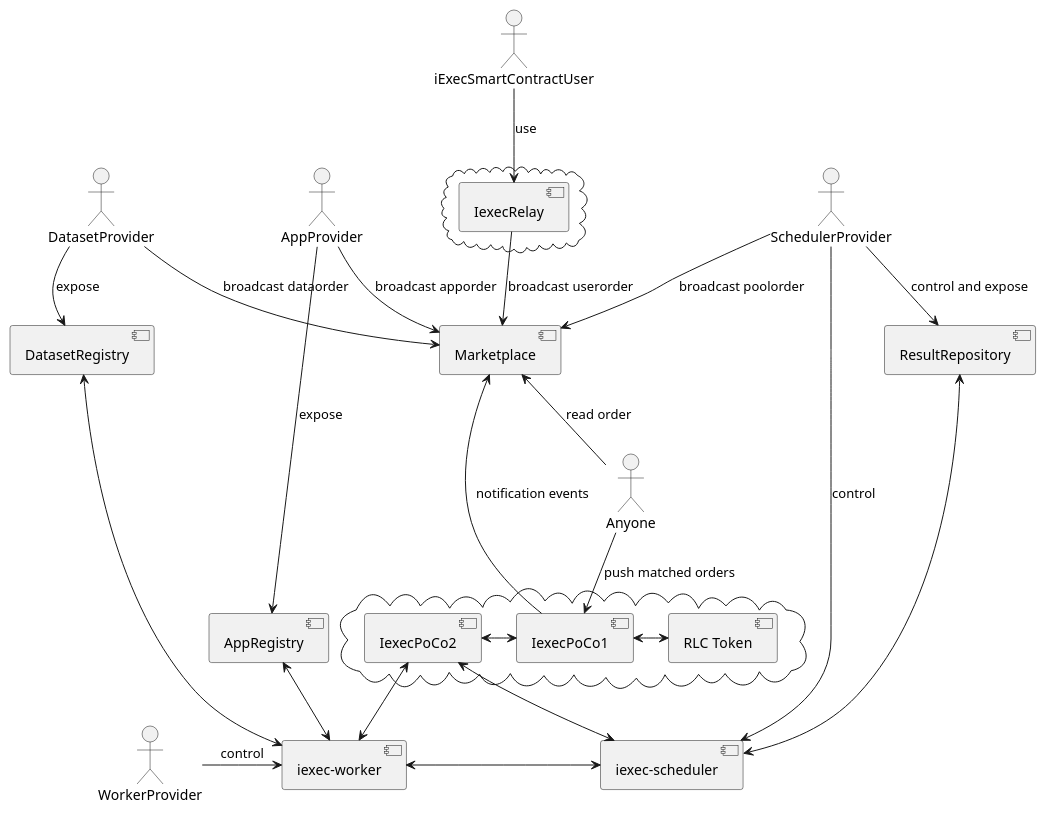
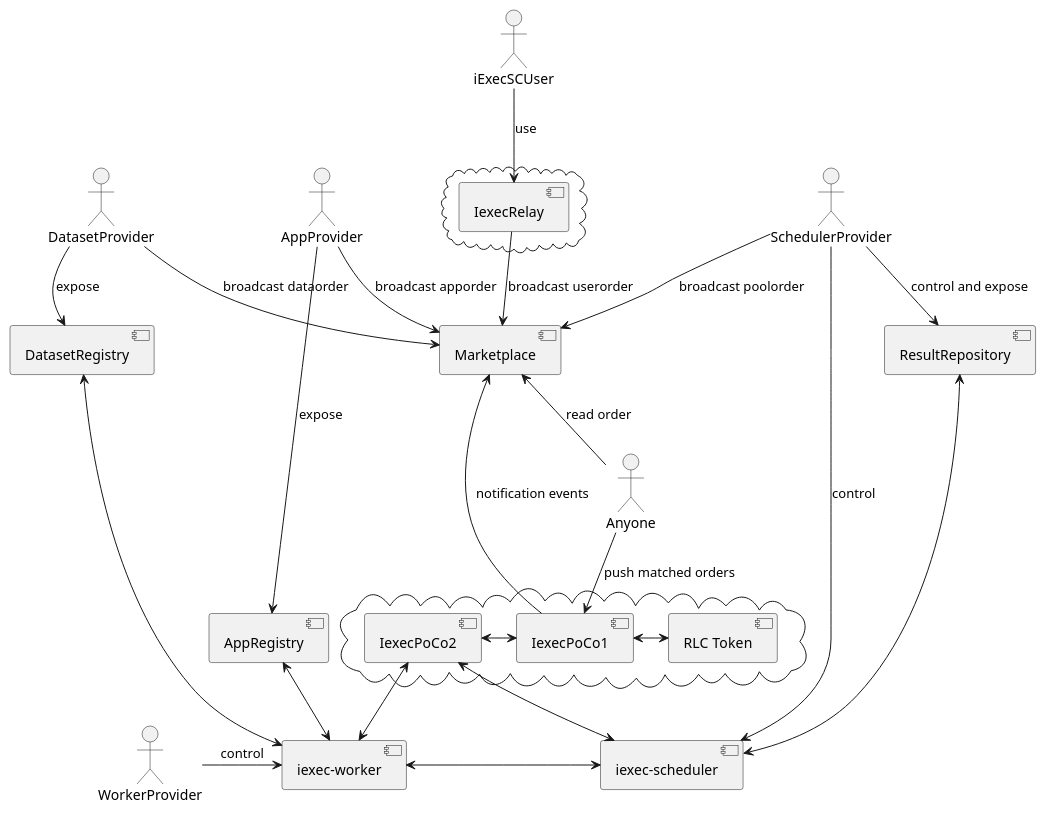
The diagram in uml/architecture-ODB.puml (iExecBlockchainComputing/PoCo), drawn with PlantUML before and after one commit.

Commit message:
rename to SC user

```diff
--- a/uml/architecture-ODB.puml
+++ b/uml/architecture-ODB.puml
@@ -1,56 +1,56 @@
 @startuml
-:iExecSmartContractUser:
+:iExecSCUser:
 :AppProvider:
 :DatasetProvider:
 :SchedulerProvider:
 :WorkerProvider:
 :Anyone:
 
 cloud {
 [IexecRelay]
 }
 component [IexecRelay]
-iExecSmartContractUser -down-> [IexecRelay]: use
+iExecSCUser -down-> [IexecRelay]: use
 
 component [Marketplace]
 [IexecRelay] -down-> [Marketplace]: broadcast userorder
 AppProvider -down-> [Marketplace]: broadcast apporder
 DatasetProvider -down-> [Marketplace]: broadcast dataorder
 SchedulerProvider -down-> [Marketplace]: broadcast poolorder
 Anyone -up-> [Marketplace]: read order
 
 cloud {
 [IexecPoCo1]
 [IexecPoCo2]
 [RLC Token]
 }
 component [IexecPoCo1]
 component [IexecPoCo2]
 component [RLC Token]
 [IexecPoCo2] <-right-> [IexecPoCo1]
 [IexecPoCo1] <-right-> [RLC Token]
 
 Anyone -down-> [IexecPoCo1]: push matched orders
 [IexecPoCo1] -up-> [Marketplace]: notification events
 
 [iexec-scheduler] <-up-> [IexecPoCo2]
 [iexec-worker] <-up-> [IexecPoCo2]
 
 component [AppRegistry]
 component [DatasetRegistry]
 component [iexec-scheduler]
 component [iexec-worker]
 component [ResultRepository]
 
 AppProvider -down-> AppRegistry: expose
 DatasetProvider -down-> DatasetRegistry: expose
 SchedulerProvider -down-> [iexec-scheduler]: control
 SchedulerProvider -down-> [ResultRepository]: control and expose
 ResultRepository <-right-> [iexec-scheduler]
 
 [WorkerProvider] -right-> [iexec-worker]: control
 
 [iexec-worker] <-right-> [iexec-scheduler]
 [iexec-worker] <-up-> [AppRegistry]
 [iexec-worker] <-up-> [DatasetRegistry]
 @enduml
```
